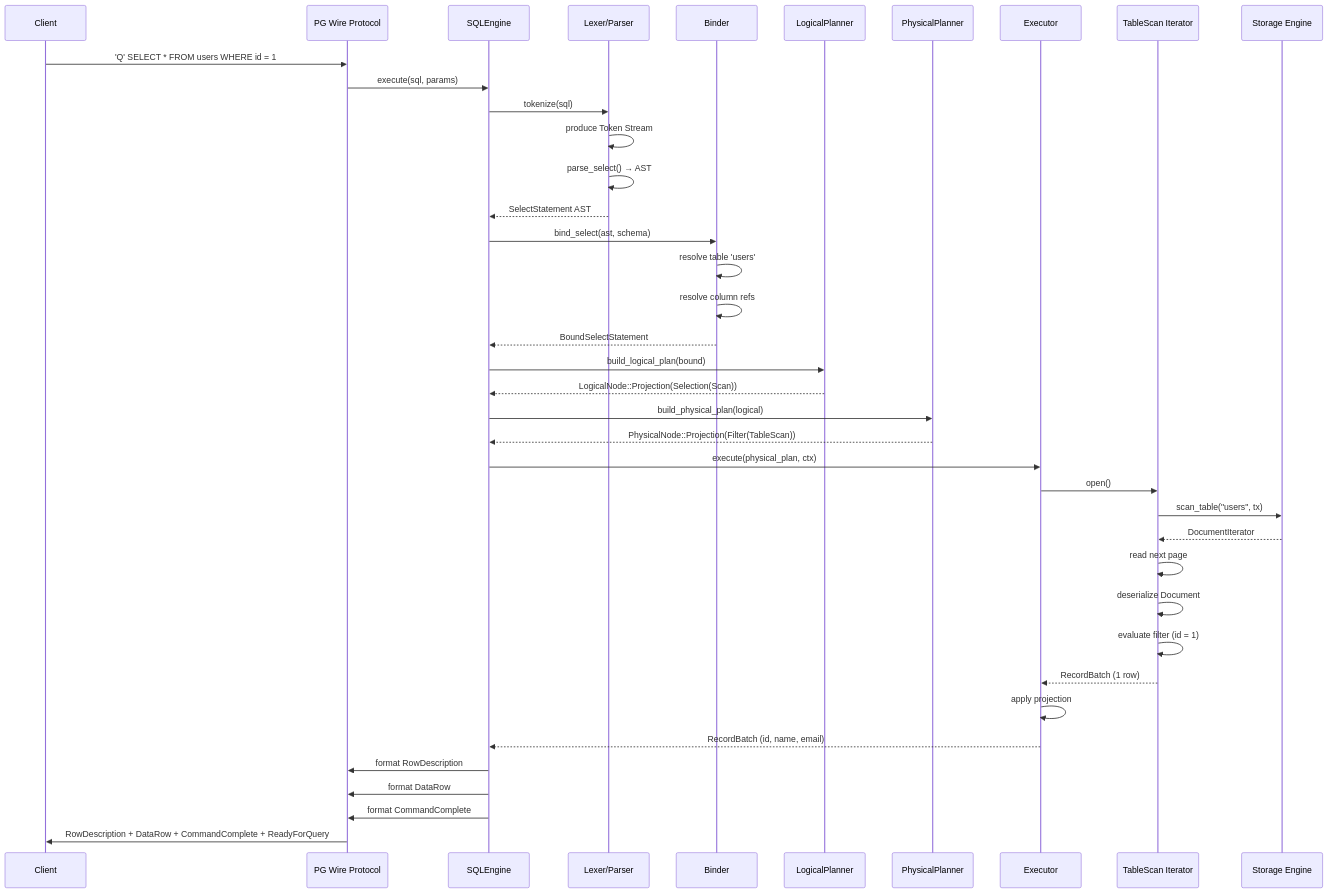
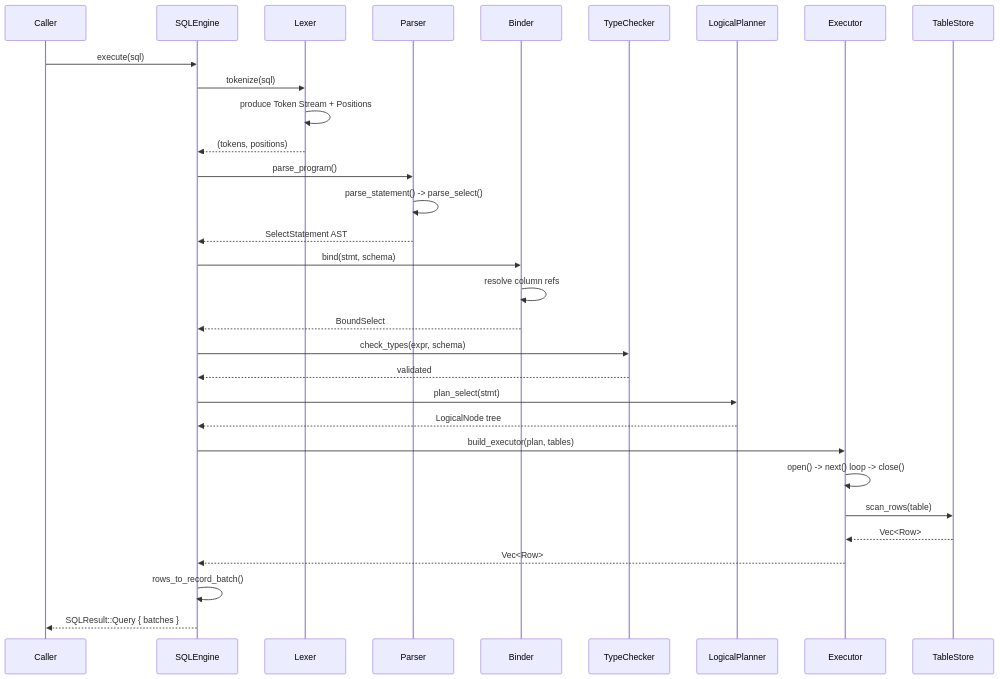
Before and after one commit to Icarus-afk/Nova-Runtime: the fifth of 6 diagrams in docs/21-sql-layer.md, drawn with Mermaid. The commit also changed other lines of this file and 7 other files, not shown here.

First line of the commit message:
Update architecture docs to match Phase 3 implementation

````diff
--- a/docs/21-sql-layer.md
+++ b/docs/21-sql-layer.md
@@ -1631,42 +1172,34 @@
 ```mermaid
 sequenceDiagram
-    participant C as Client
-    participant P as PG Wire Protocol
+    participant C as Caller
     participant S as SQLEngine
-    participant L as Lexer/Parser
+    participant L as Lexer
+    participant P as Parser
     participant B as Binder
-    participant LP as LogicalPlanner
-    participant PP as PhysicalPlanner
+    participant TC as TypeChecker
+    participant PL as LogicalPlanner
     participant E as Executor
-    participant T as TableScan Iterator
-    participant SE as Storage Engine
+    participant T as TableStore
 
-    C->>P: 'Q' SELECT * FROM users WHERE id = 1;
-    P->>S: execute(sql, params)
+    C->>S: execute(sql)
     S->>L: tokenize(sql)
-    L->>L: produce Token Stream
-    L->>L: parse_select() → AST
-    L-->>S: SelectStatement AST
-    S->>B: bind_select(ast, schema)
-    B->>B: resolve table 'users'
+    L->>L: produce Token Stream + Positions
+    L-->>S: (tokens, positions)
+    S->>P: parse_program()
+    P->>P: parse_statement() -> parse_select()
+    P-->>S: SelectStatement AST
+    S->>B: bind(stmt, schema)
     B->>B: resolve column refs
-    B-->>S: BoundSelectStatement
-    S->>LP: build_logical_plan(bound)
-    LP-->>S: LogicalNode::Projection(Selection(Scan))
-    S->>PP: build_physical_plan(logical)
-    PP-->>S: PhysicalNode::Projection(Filter(TableScan))
-    S->>E: execute(physical_plan, ctx)
-    E->>T: open()
-    T->>SE: scan_table("users", tx)
-    SE-->>T: DocumentIterator
-    T->>T: read next page
-    T->>T: deserialize Document
-    T->>T: evaluate filter (id = 1)
-    T-->>E: RecordBatch (1 row)
-    E->>E: apply projection
-    E-->>S: RecordBatch (id, name, email)
-    S->>P: format RowDescription
-    S->>P: format DataRow
-    S->>P: format CommandComplete
-    P->>C: RowDescription + DataRow + CommandComplete + ReadyForQuery
+    B-->>S: BoundSelect
+    S->>TC: check_types(expr, schema)
+    TC-->>S: validated
+    S->>PL: plan_select(stmt)
+    PL-->>S: LogicalNode tree
+    S->>E: build_executor(plan, tables)
+    E->>E: open() -> next() loop -> close()
+    E->>T: scan_rows(table)
+    T-->>E: Vec<Row>
+    E-->>S: Vec<Row>
+    S->>S: rows_to_record_batch()
+    S-->>C: SQLResult::Query { batches }
 ```
````
